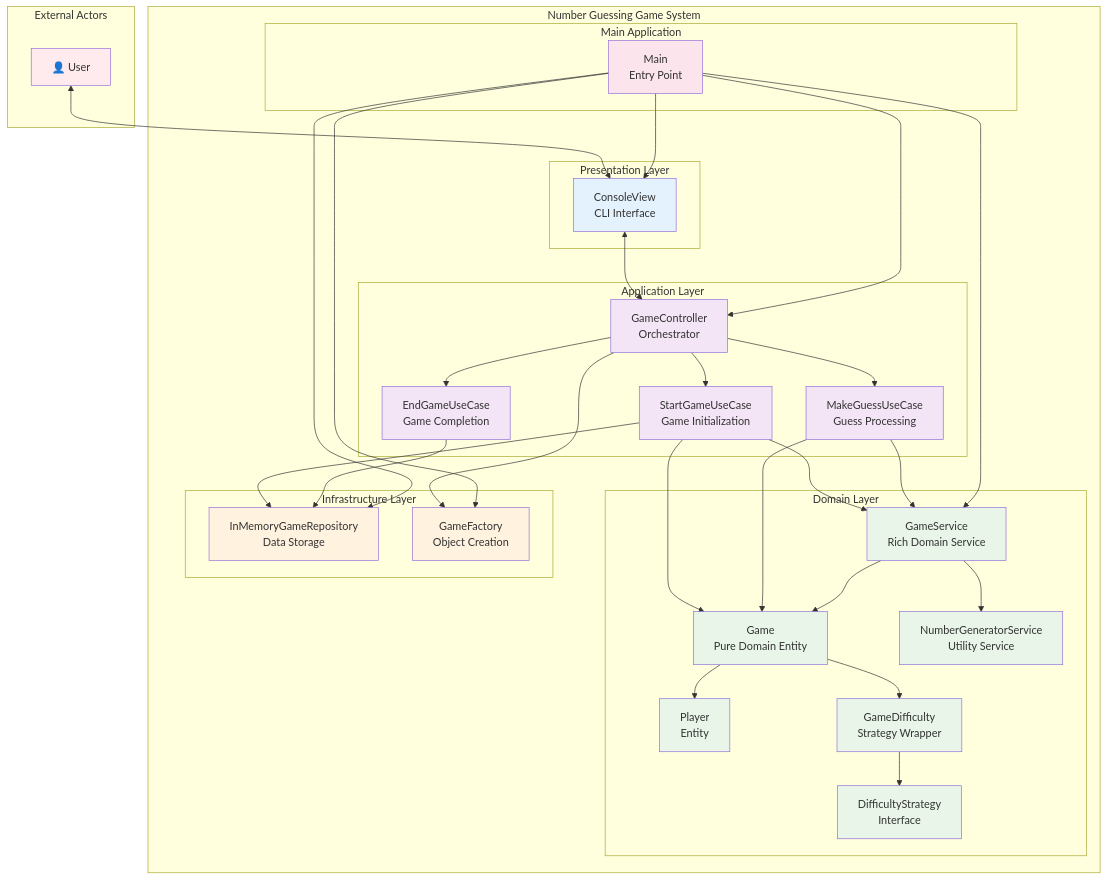
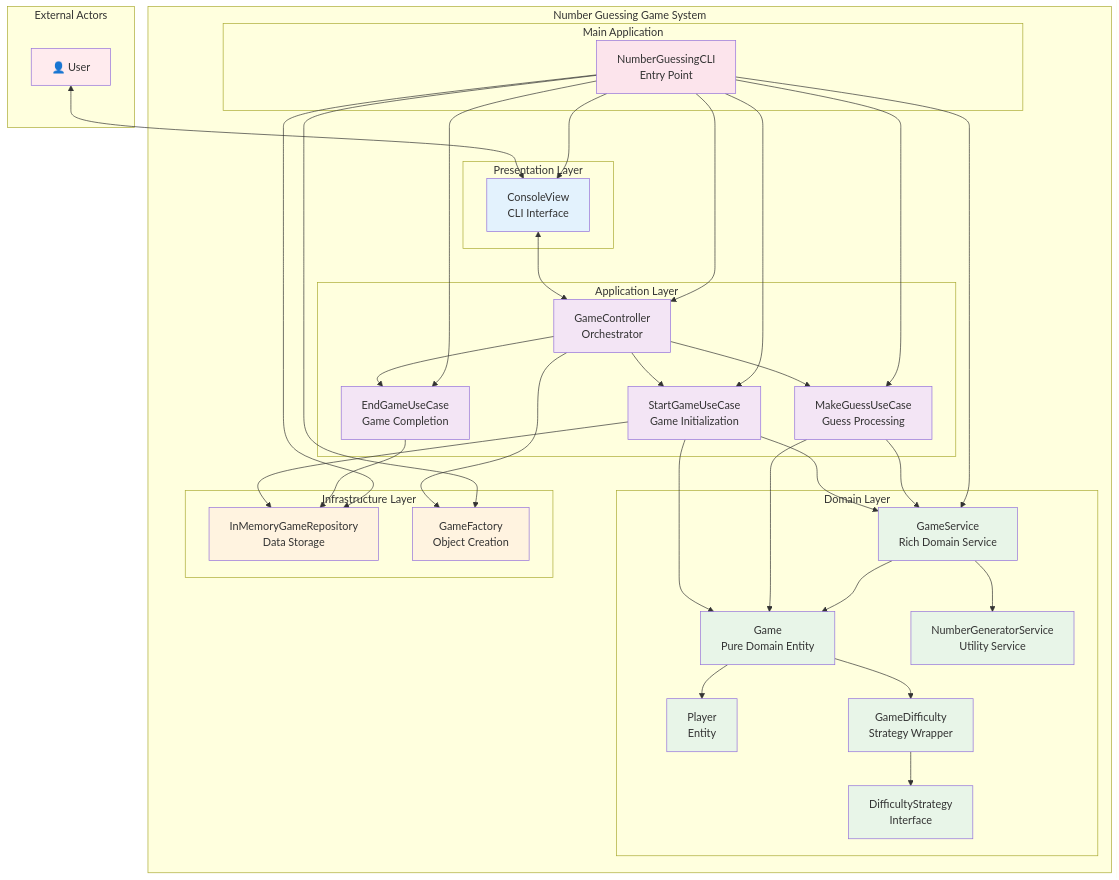
Before and after one commit to Shockp/Backend-Projects: the first of 3 diagrams in number-guessing-game/UML Diagrams/ComponentDiagram.md, drawn with Mermaid. The commit also changed other lines of this file and 4 other files, not shown here.

Commit message:
UML Updated

````diff
--- a/number-guessing-game/UML Diagrams/ComponentDiagram.md
+++ b/number-guessing-game/UML Diagrams/ComponentDiagram.md
@@ -35,7 +35,7 @@
         end
 
         subgraph "Main Application"
-            Main[Main<br/>Entry Point]
+            NumberGuessingCLI[NumberGuessingCLI<br/>Entry Point]
         end
     end
 
@@ -69,11 +69,14 @@
     GameDifficulty --> DifficultyStrategy
 
     %% Main application wiring
-    Main --> GameController
-    Main --> ConsoleView
-    Main --> InMemoryGameRepository
-    Main --> GameService
-    Main --> GameFactory
+    NumberGuessingCLI --> GameController
+    NumberGuessingCLI --> ConsoleView
+    NumberGuessingCLI --> InMemoryGameRepository
+    NumberGuessingCLI --> GameService
+    NumberGuessingCLI --> GameFactory
+    NumberGuessingCLI --> StartGameUseCase
+    NumberGuessingCLI --> MakeGuessUseCase
+    NumberGuessingCLI --> EndGameUseCase
 
     %% Styling
     classDef external fill:#ffebee
@@ -88,5 +91,5 @@
     class GameController,StartGameUseCase,MakeGuessUseCase,EndGameUseCase application
     class GameService,Game,Player,GameDifficulty,DifficultyStrategy,NumberGeneratorService domain
     class InMemoryGameRepository,GameFactory infrastructure
-    class Main main
+    class NumberGuessingCLI main
 ```
````
